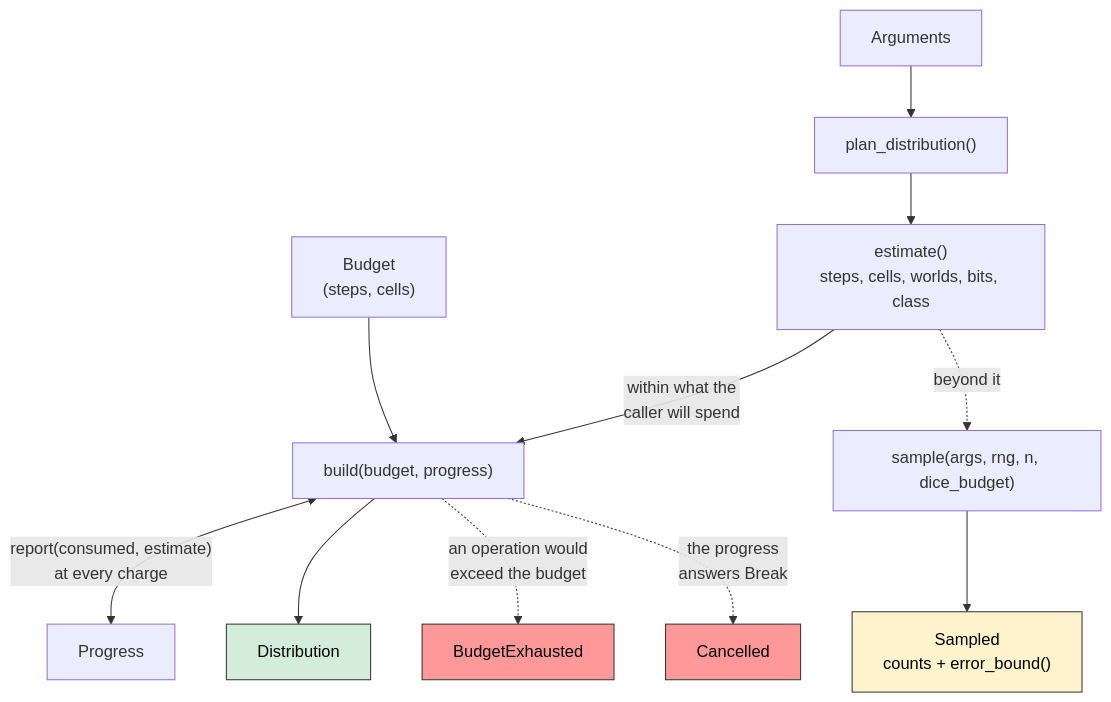
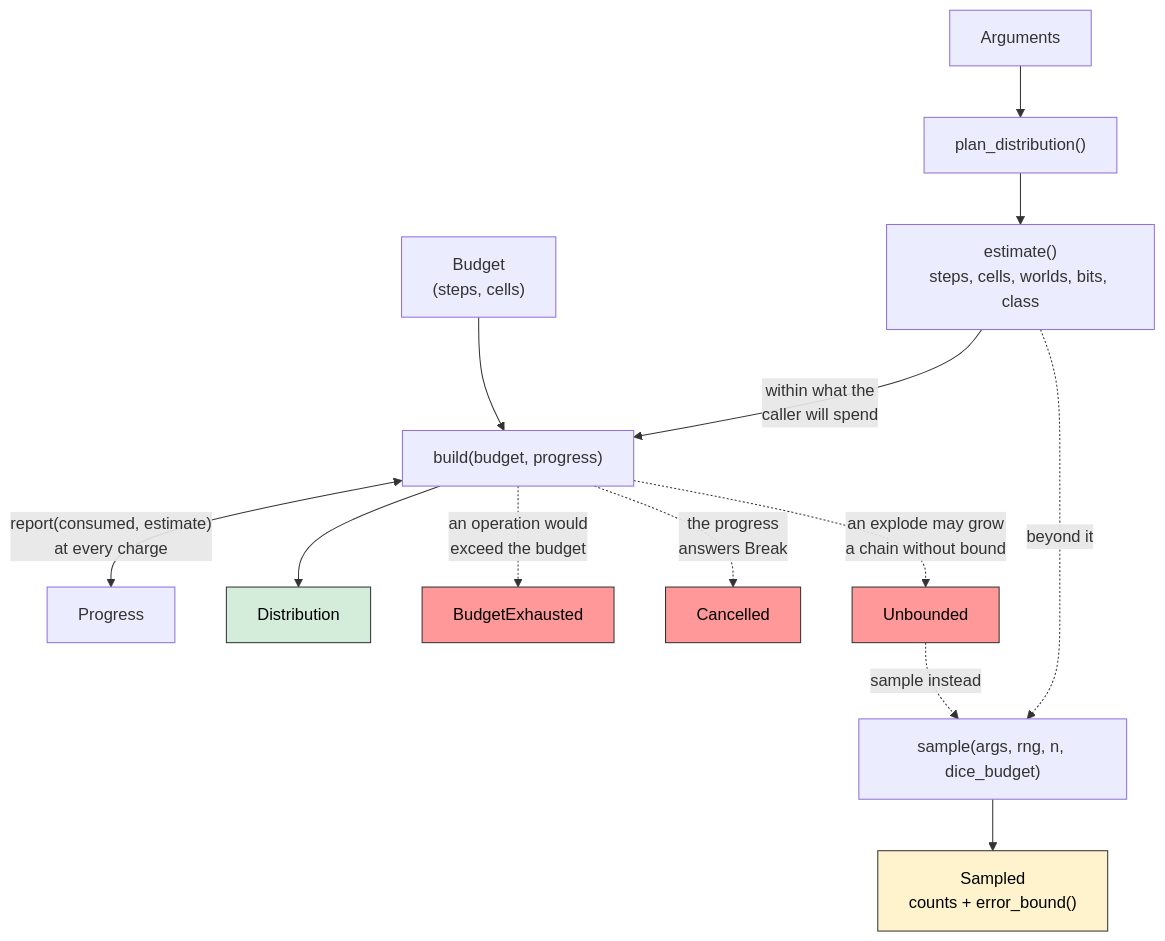
The fourth of 5 diagrams in xdy/README.md (toddATavail/xdy), drawn with Mermaid before and after one commit. The commit also changed other lines of this file and 12 other files, not shown here.

````diff
--- a/xdy/README.md
+++ b/xdy/README.md
@@ -192,17 +192,20 @@
 ```mermaid
 graph TD
     ARGS["Arguments"] --> PLAN
     PLAN["plan_distribution()"] --> EST["estimate()<br/>steps, cells, worlds, bits, class"]
     EST -->|"within what the<br/>caller will spend"| BUILD["build(budget, progress)"]
     EST -.->|"beyond it"| SAMPLE["sample(args, rng, n, dice_budget)"]
     BUD["Budget<br/>(steps, cells)"] --> BUILD
     BUILD <-->|"report(consumed, estimate)<br/>at every charge"| PROG["Progress"]
     BUILD --> DIST["Distribution"]
     BUILD -.->|"an operation would<br/>exceed the budget"| EXH["BudgetExhausted"]
     BUILD -.->|"the progress<br/>answers Break"| CAN["Cancelled"]
+    BUILD -.->|"an explode may grow<br/>a chain without bound"| UNB["Unbounded"]
+    UNB -.->|"sample instead"| SAMPLE
     SAMPLE --> SAMP["Sampled<br/>counts + error_bound()"]
     style DIST fill:#d4edda,stroke:#333,color:#000
     style SAMP fill:#fff3cd,stroke:#333,color:#000
     style EXH fill:#f99,stroke:#333,color:#000
     style CAN fill:#f99,stroke:#333,color:#000
+    style UNB fill:#f99,stroke:#333,color:#000
 ```
````
